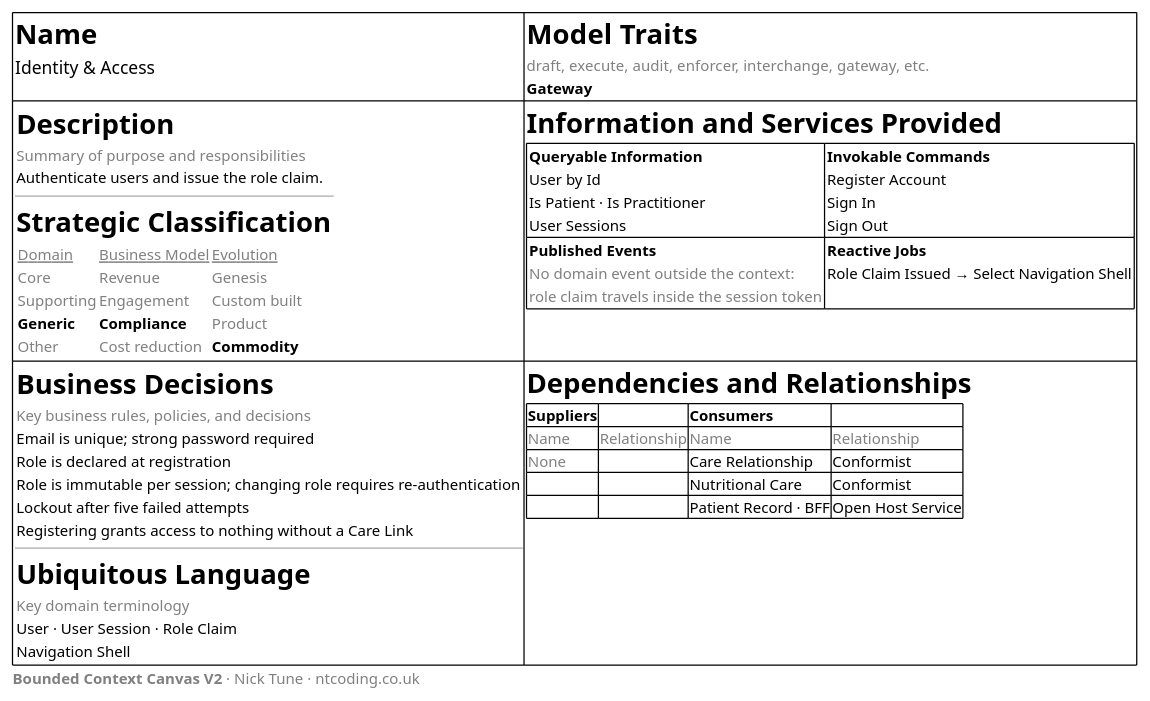
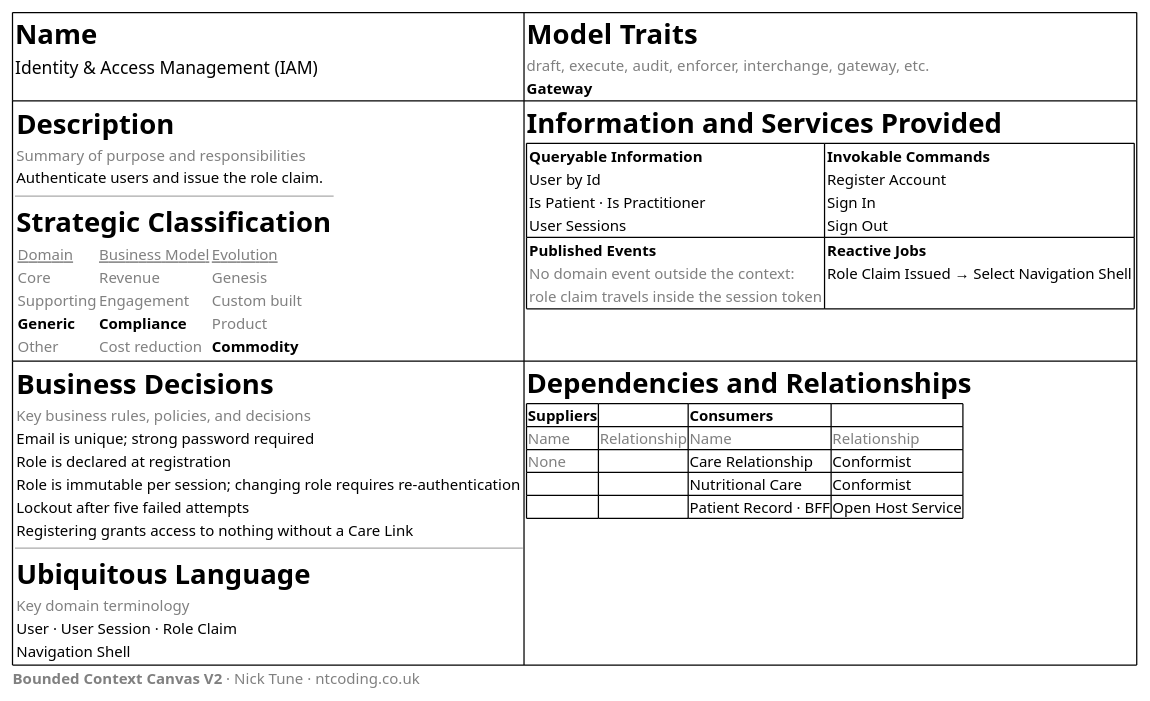
Before and after one commit to upc-pre-202620-1acc0238-13981-nutrisync/healthify-report: the diagram in docs/bounded-context-canvas/iam.puml, drawn with PlantUML. The commit also changed 3 other files, not shown here.

Commit message:
fix(diagrams): align bounded context canvases and C4 components with IAM and scheduled policies

```diff
--- a/docs/bounded-context-canvas/iam.puml
+++ b/docs/bounded-context-canvas/iam.puml
@@ -1,83 +1,83 @@
 @startsalt
 {
 {#
 {
 <size:22><b>Name</b></size>
-<size:14>Identity & Access</size>
+<size:14>Identity & Access Management (IAM)</size>
 } | {
 <size:22><b>Model Traits</b></size>
 <color:gray>draft, execute, audit, enforcer, interchange, gateway, etc.</color>
 <b>Gateway</b>
 }
 {
 {
 <size:22><b>Description</b></size>
 <color:gray>Summary of purpose and responsibilities</color>
 Authenticate users and issue the role claim.
 }
 --
 {
 <size:22><b>Strategic Classification</b></size>
 {
 <color:gray><u>Domain</u></color> | <color:gray><u>Business Model</u></color> | <color:gray><u>Evolution</u></color>
 <color:gray>Core</color> | <color:gray>Revenue</color> | <color:gray>Genesis</color>
 <color:gray>Supporting</color> | <color:gray>Engagement</color> | <color:gray>Custom built</color>
 <b>Generic</b> | <b>Compliance</b> | <color:gray>Product</color>
 <color:gray>Other</color> | <color:gray>Cost reduction</color> | <b>Commodity</b>
 }
 }
 } | {
 <size:22><b>Information and Services Provided</b></size>
 {#
 {
 <b>Queryable Information</b>
 User by Id
 Is Patient · Is Practitioner
 User Sessions
 } | {
 <b>Invokable Commands</b>
 Register Account
 Sign In
 Sign Out
 }
 {
 <b>Published Events</b>
 <color:gray>No domain event outside the context:</color>
 <color:gray>role claim travels inside the session token</color>
 } | {
 <b>Reactive Jobs</b>
 Role Claim Issued → Select Navigation Shell
 }
 }
 }
 {
 {
 <size:22><b>Business Decisions</b></size>
 <color:gray>Key business rules, policies, and decisions</color>
 Email is unique; strong password required
 Role is declared at registration
 Role is immutable per session; changing role requires re-authentication
 Lockout after five failed attempts
 Registering grants access to nothing without a Care Link
 }
 --
 {
 <size:22><b>Ubiquitous Language</b></size>
 <color:gray>Key domain terminology</color>
 User · User Session · Role Claim
 Navigation Shell
 }
 } | {
 <size:22><b>Dependencies and Relationships</b></size>
 {#
 <b>Suppliers</b> | . | <b>Consumers</b> | .
 <color:gray>Name</color> | <color:gray>Relationship</color> | <color:gray>Name</color> | <color:gray>Relationship</color>
 <color:gray>None</color> | . | Care Relationship | Conformist
 . | . | Nutritional Care | Conformist
 . | . | Patient Record · BFF | Open Host Service
 }
 }
 }
 <color:gray><b>Bounded Context Canvas V2</b> · Nick Tune · ntcoding.co.uk</color>
 }
 @endsalt
```
